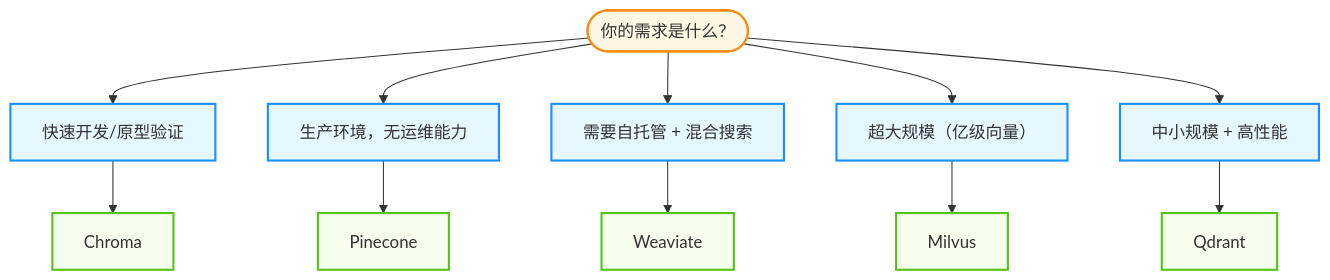
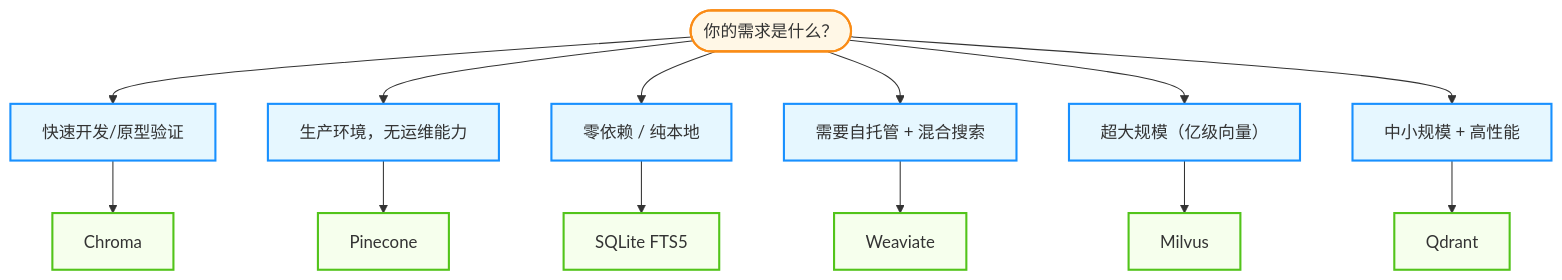
Before and after one commit to yeasy/agentic_ai_guide: the second of 2 diagrams in 03_memory/3.3_vector_databases.md, drawn with Mermaid. The commit also changed 3 other files, not shown here.

````diff
--- a/03_memory/3.3_vector_databases.md
+++ b/03_memory/3.3_vector_databases.md
@@ -308,28 +308,31 @@
 ```mermaid
 graph TD
     %% Agentic Design System
     classDef agent fill:#e6f7ff,stroke:#1890ff,stroke-width:2px;
     classDef tool fill:#f6ffed,stroke:#52c41a,stroke-width:2px;
     classDef user fill:#fff7e6,stroke:#fa8c16,stroke-width:2px;
 
     Start(["你的需求是什么？"])
     
     Start --> Proto["快速开发/原型验证"]
     Proto --> Chroma["Chroma"]
     
     Start --> ProdNoOps["生产环境，无运维能力"]
     ProdNoOps --> Pinecone["Pinecone"]
+
+    Start --> ZeroDep["零依赖 / 纯本地"]
+    ZeroDep --> SQLite["SQLite FTS5"]
     
     Start --> SelfHost["需要自托管 + 混合搜索"]
     SelfHost --> Weaviate["Weaviate"]
     
     Start --> HugeScale["超大规模（亿级向量）"]
     HugeScale --> Milvus["Milvus"]
     
     Start --> MidPerf["中小规模 + 高性能"]
     MidPerf --> Qdrant["Qdrant"]
     
     class Start user;
-    class Proto,ProdNoOps,SelfHost,HugeScale,MidPerf agent;
-    class Chroma,Pinecone,Weaviate,Milvus,Qdrant tool;
+    class Proto,ProdNoOps,SelfHost,HugeScale,MidPerf,ZeroDep agent;
+    class Chroma,Pinecone,Weaviate,Milvus,Qdrant,SQLite tool;
 ```
````
